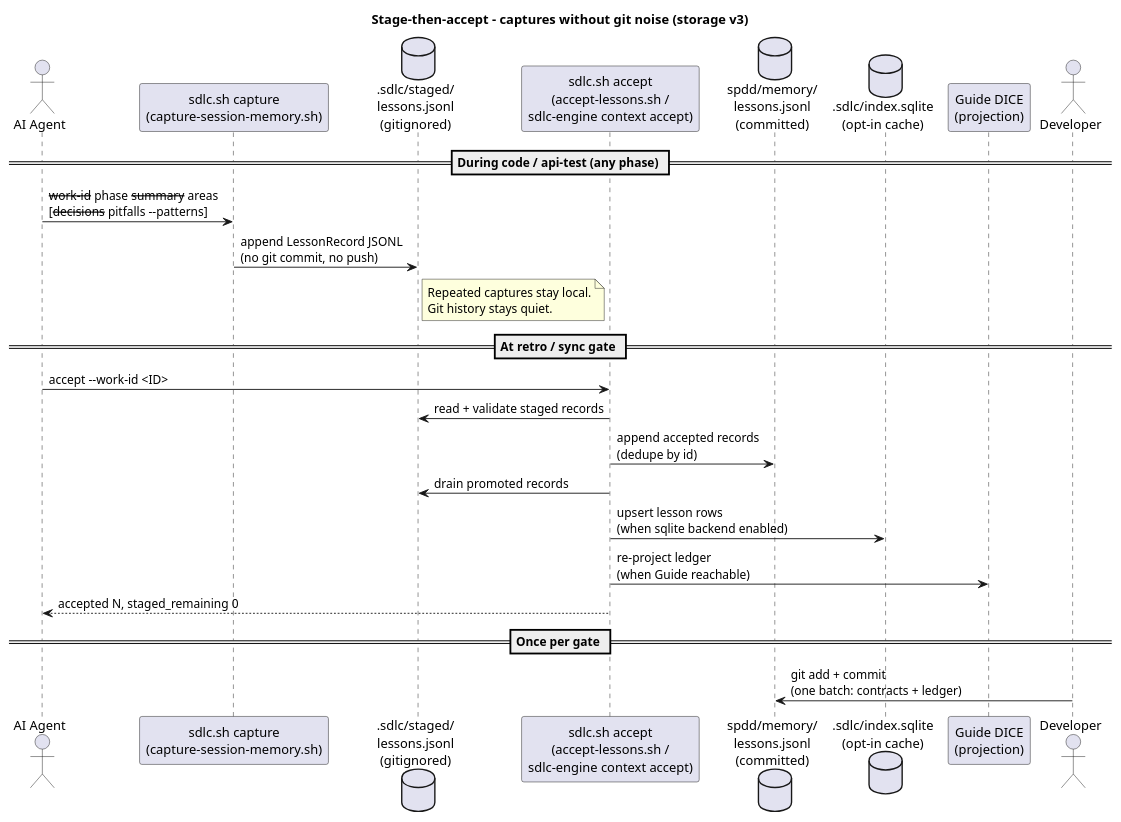
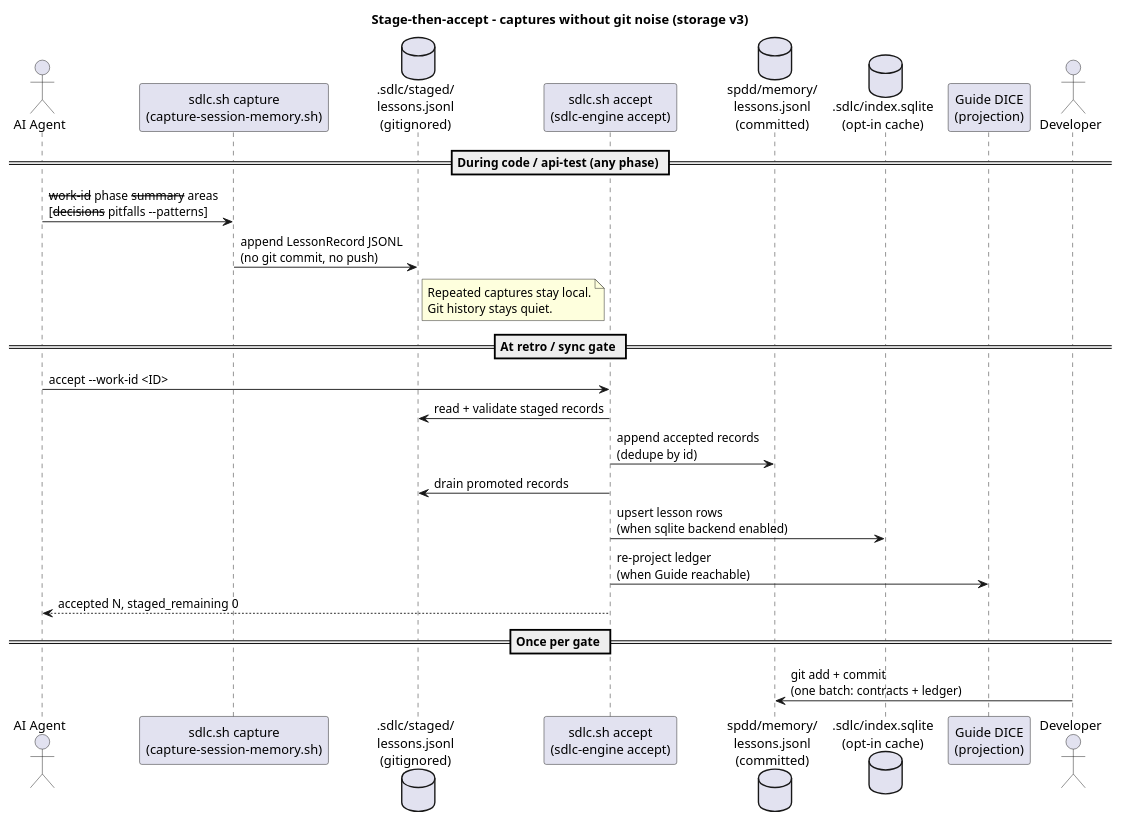
The diagram in docs/diagrams/06-stage-then-accept.puml (jmjava/sdlc-spdd-orchestrator), drawn with PlantUML before and after one commit. The commit also changed 48 other files, not shown here.

```diff
--- a/docs/diagrams/06-stage-then-accept.puml
+++ b/docs/diagrams/06-stage-then-accept.puml
@@ -1,34 +1,34 @@
 @startuml 06-stage-then-accept
 
 title Stage-then-accept - captures without git noise (storage v3)
 
 actor "AI Agent" as agent
 participant "sdlc.sh capture\n(capture-session-memory.sh)" as capture
 database ".sdlc/staged/\nlessons.jsonl\n(gitignored)" as staged
-participant "sdlc.sh accept\n(accept-lessons.sh /\nsdlc-engine context accept)" as accept
+participant "sdlc.sh accept\n(sdlc-engine accept)" as accept
 database "spdd/memory/\nlessons.jsonl\n(committed)" as ledger
 database ".sdlc/index.sqlite\n(opt-in cache)" as sqlite
 participant "Guide DICE\n(projection)" as guide
 actor Developer as dev
 
 == During code / api-test (any phase) ==
 agent -> capture : --work-id --phase --summary --areas\n[--decisions --pitfalls --patterns]
 capture -> staged : append LessonRecord JSONL\n(no git commit, no push)
 note right of staged
   Repeated captures stay local.
   Git history stays quiet.
 end note
 
 == At retro / sync gate ==
 agent -> accept : accept --work-id <ID>
 accept -> staged : read + validate staged records
 accept -> ledger : append accepted records\n(dedupe by id)
 accept -> staged : drain promoted records
 accept -> sqlite : upsert lesson rows\n(when sqlite backend enabled)
 accept -> guide : re-project ledger\n(when Guide reachable)
 accept --> agent : accepted N, staged_remaining 0
 
 == Once per gate ==
 dev -> ledger : git add + commit\n(one batch: contracts + ledger)
 
 @enduml
```
